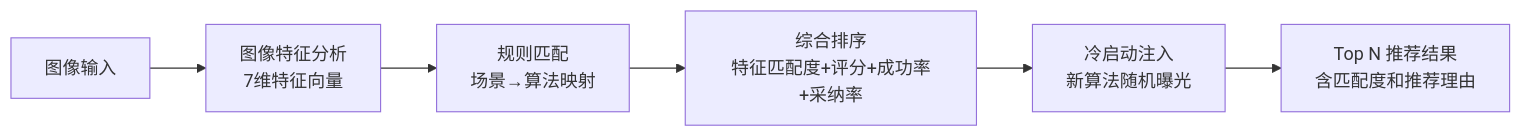
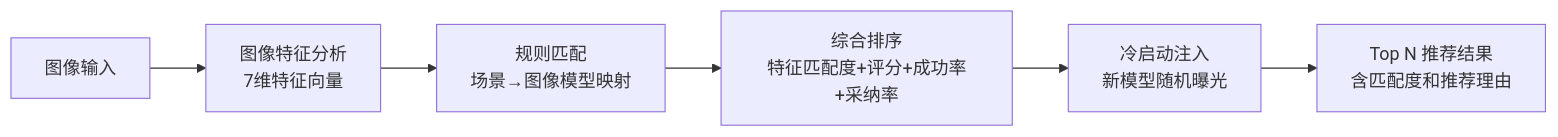
Before and after one commit to earthy-zinc/dehaze-system: the sixth of 11 diagrams in dehaze-doc/docs/04-项目实现/后端/03-Python算法服务架构文档.md, drawn with Mermaid. The commit also changed other lines of this file and 239 other files, not shown here.

````diff
--- a/dehaze-doc/docs/04-项目实现/后端/03-Python算法服务架构文档.md
+++ b/dehaze-doc/docs/04-项目实现/后端/03-Python算法服务架构文档.md
@@ -308,8 +302,8 @@
 ```mermaid
 flowchart LR
     Input["图像输入"] --> FeatureAnalysis["图像特征分析<br/>7维特征向量"]
-    FeatureAnalysis --> RuleMatch["规则匹配<br/>场景→算法映射"]
+    FeatureAnalysis --> RuleMatch["规则匹配<br/>场景→图像模型映射"]
     RuleMatch --> Rank["综合排序<br/>特征匹配度+评分+成功率+采纳率"]
-    Rank --> ColdStart["冷启动注入<br/>新算法随机曝光"]
+    Rank --> ColdStart["冷启动注入<br/>新模型随机曝光"]
     ColdStart --> Output["Top N 推荐结果<br/>含匹配度和推荐理由"]
 ```
````
